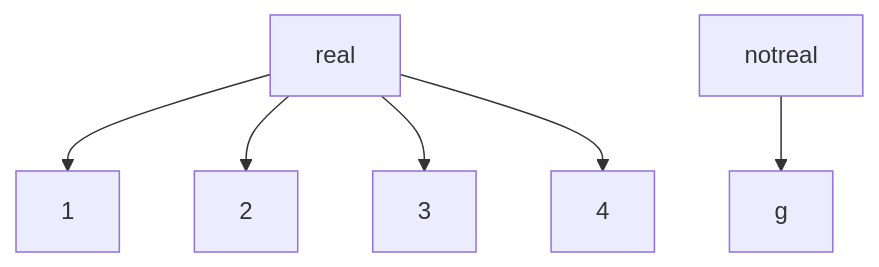
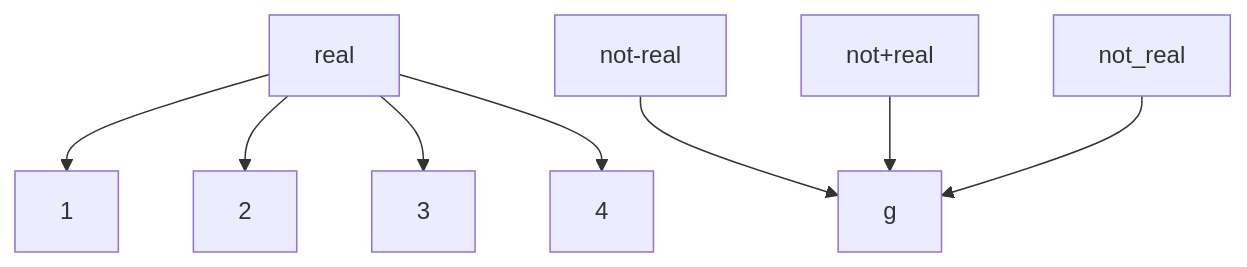
One commit to FishlandicFishy/test changed the diagram in README.md. Above: the diagram before and after it, drawn with Mermaid.

````diff
--- a/README.md
+++ b/README.md
@@ -5,8 +5,10 @@
 ```mermaid
 graph TD;
     real-->1
     real-->2
     real-->3
     real-->4
-    notreal-->g
+    not-real-->g
+    not+real-->g
+    not_real-->g
 ```
````
